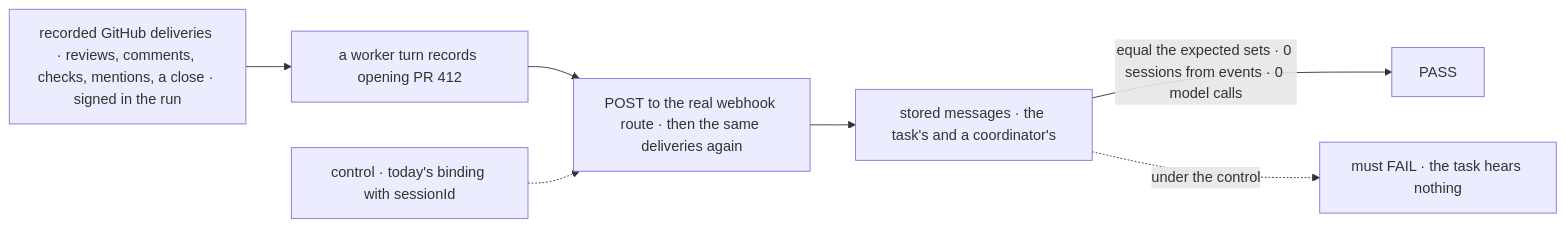
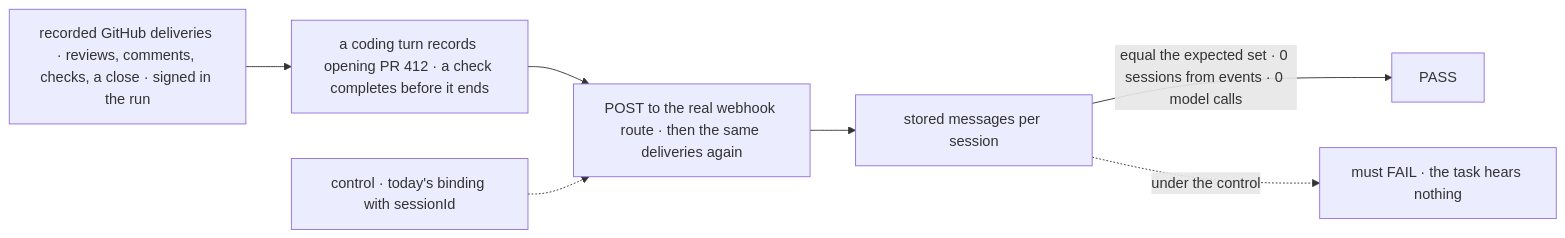
Before and after one commit to fixpoint-labs/flow-state-dev: the first of 2 diagrams in specs/issues/FIX-2535/SPEC.md, drawn with Mermaid. The commit also changed other lines of this file and 4 other files, not shown here.

````diff
--- a/specs/issues/FIX-2535/SPEC.md
+++ b/specs/issues/FIX-2535/SPEC.md
@@ -32,9 +30,9 @@
 ```mermaid
 flowchart LR
-  F["recorded GitHub deliveries · reviews, comments, checks, mentions, a close · signed in the run"] --> T["a worker turn records opening PR 412"]
+  F["recorded GitHub deliveries · reviews, comments, checks, a close · signed in the run"] --> T["a coding turn records opening PR 412 · a check completes before it ends"]
   T --> W["POST to the real webhook route · then the same deliveries again"]
-  W --> S["stored messages · the task's and a coordinator's"]
-  S -->|"equal the expected sets · 0 sessions from events · 0 model calls"| OK["PASS"]
+  W --> S["stored messages per session"]
+  S -->|"equal the expected set · 0 sessions from events · 0 model calls"| OK["PASS"]
   C["control · today's binding with sessionId"] -.-> W
   S -.->|"under the control"| X["must FAIL · the task hears nothing"]
 ```
````
